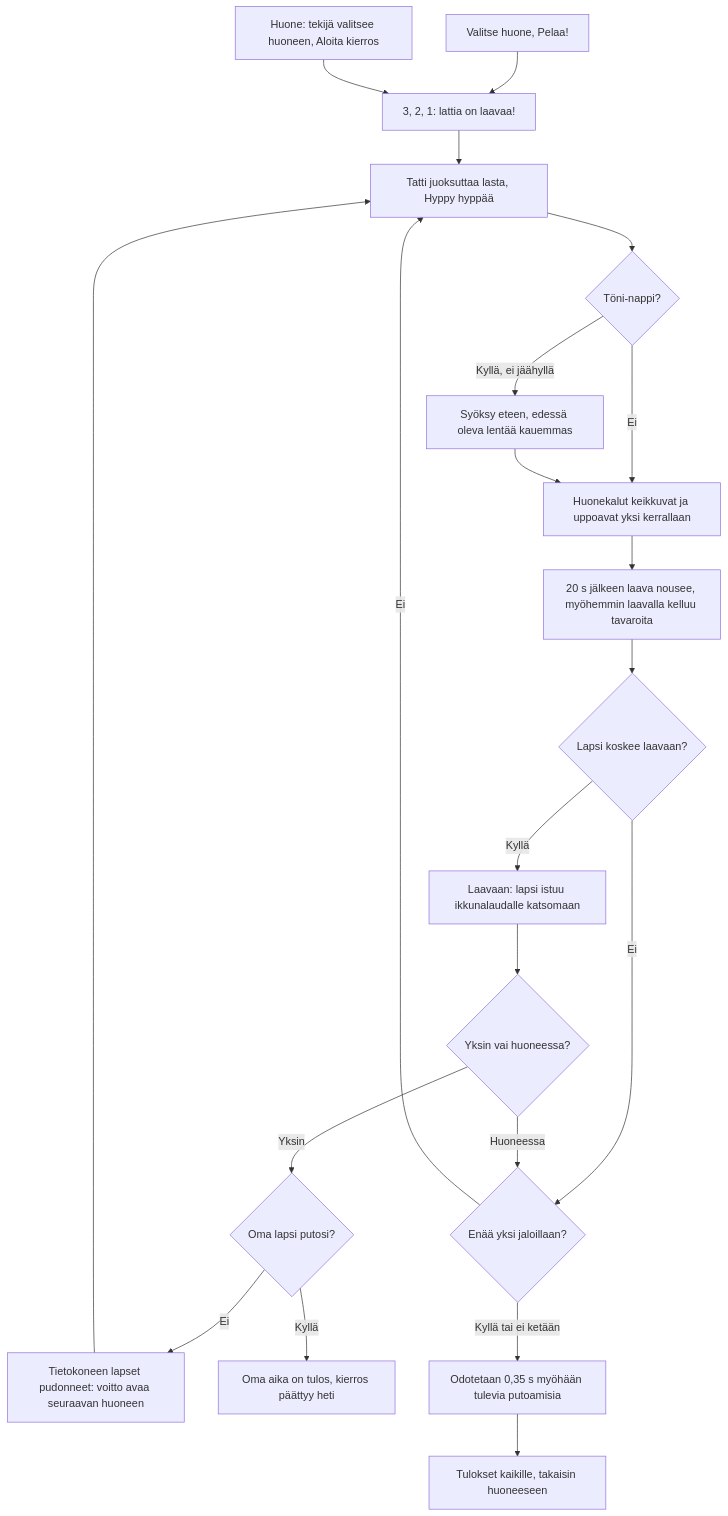
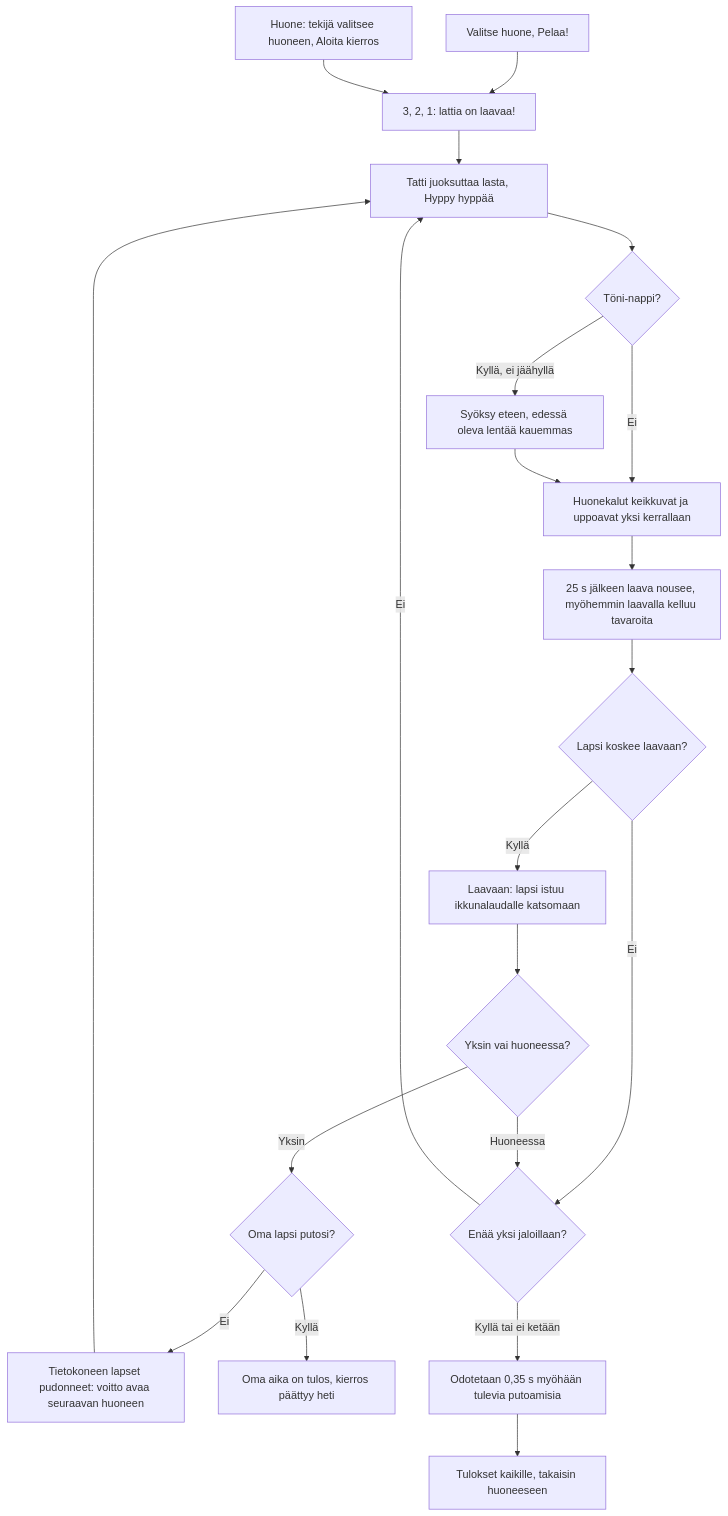
One commit to eerovil/ai-pelit changed the diagram in docs/diagrams/lattia-on-laavaa.md. Above: the diagram before and after it, drawn with Mermaid. The commit also changed other lines of this file and 7 other files, not shown here.

````diff
--- a/docs/diagrams/lattia-on-laavaa.md
+++ b/docs/diagrams/lattia-on-laavaa.md
@@ -9,29 +9,29 @@
 ```mermaid
 flowchart TD
   A[Valitse huone, Pelaa!] --> B[3, 2, 1: lattia on laavaa!]
   R[Huone: tekijä valitsee huoneen, Aloita kierros] --> B
   B --> C[Tatti juoksuttaa lasta, Hyppy hyppää]
   C --> D{Töni-nappi?}
   D -- Kyllä, ei jäähyllä --> E[Syöksy eteen, edessä oleva lentää kauemmas]
   D -- Ei --> F
   E --> F[Huonekalut keikkuvat ja uppoavat yksi kerrallaan]
-  F --> G[20 s jälkeen laava nousee, myöhemmin laavalla kelluu tavaroita]
+  F --> G[25 s jälkeen laava nousee, myöhemmin laavalla kelluu tavaroita]
   G --> H{Lapsi koskee laavaan?}
   H -- Ei --> K
   H -- Kyllä --> I[Laavaan: lapsi istuu ikkunalaudalle katsomaan]
   I --> M{Yksin vai huoneessa?}
   M -- Yksin --> S{Oma lapsi putosi?}
   S -- Ei --> N[Tietokoneen lapset pudonneet: voitto avaa seuraavan huoneen]
   N --> C
   S -- Kyllä --> O[Oma aika on tulos, kierros päättyy heti]
   M -- Huoneessa --> K{Enää yksi jaloillaan?}
   K -- Ei --> C
   K -- Kyllä tai ei ketään --> L[Odotetaan 0,35 s myöhään tulevia putoamisia]
   L --> Q[Tulokset kaikille, takaisin huoneeseen]
   class A,B,C blue
   class D,H,K,M,S amber
   class E teal
   class F,G,I rose
   class R,Q,L violet
   class N,O green
 ```
````
